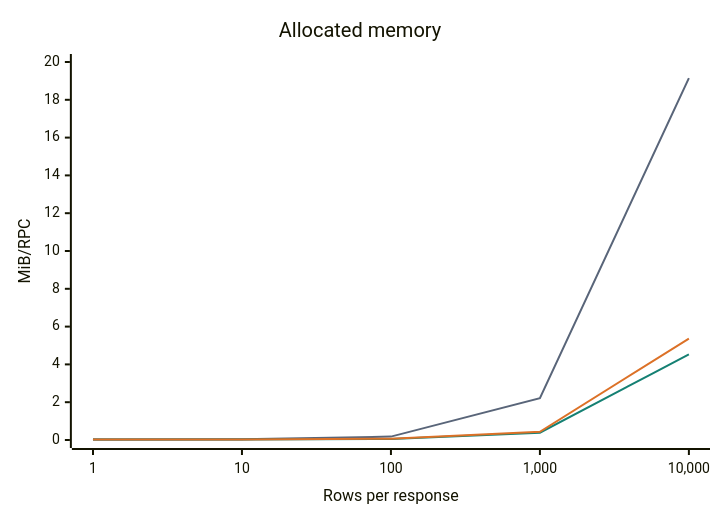
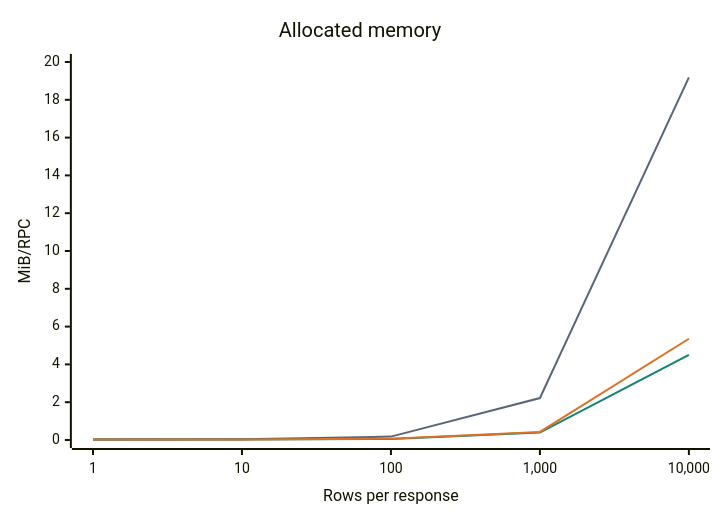
One commit to ydb-platform/ydb-go-sdk changed the second of 3 diagrams in QUERY.md. Above: the diagram before and after it, drawn with Mermaid. The commit also changed other lines of this file and 1 other file, not shown here.

Commit message:
ci(query): validate Arrow with Go 1.27 and refresh benchmarks

````diff
--- a/QUERY.md
+++ b/QUERY.md
@@ -244,15 +244,15 @@
 ```mermaid
 ---
 config:
   themeVariables:
     xyChart:
       plotColorPalette: "#596579, #158073, #dc7127"
 ---
 xychart-beta
     title "Allocated memory"
     x-axis "Rows per response" ["1", "10", "100", "1,000", "10,000"]
     y-axis "MiB/RPC" 0 --> 20
-    line "Value" [0.021, 0.035, 0.179, 2.214, 19.149]
-    line "QueryArrow" [0.026, 0.029, 0.059, 0.385, 4.528]
-    line "WithArrow" [0.029, 0.033, 0.066, 0.437, 5.368]
+    line "Value" [0.021, 0.035, 0.179, 2.220, 19.184]
+    line "QueryArrow" [0.026, 0.029, 0.059, 0.394, 4.504]
+    line "WithArrow" [0.029, 0.033, 0.066, 0.428, 5.358]
 ```
````
